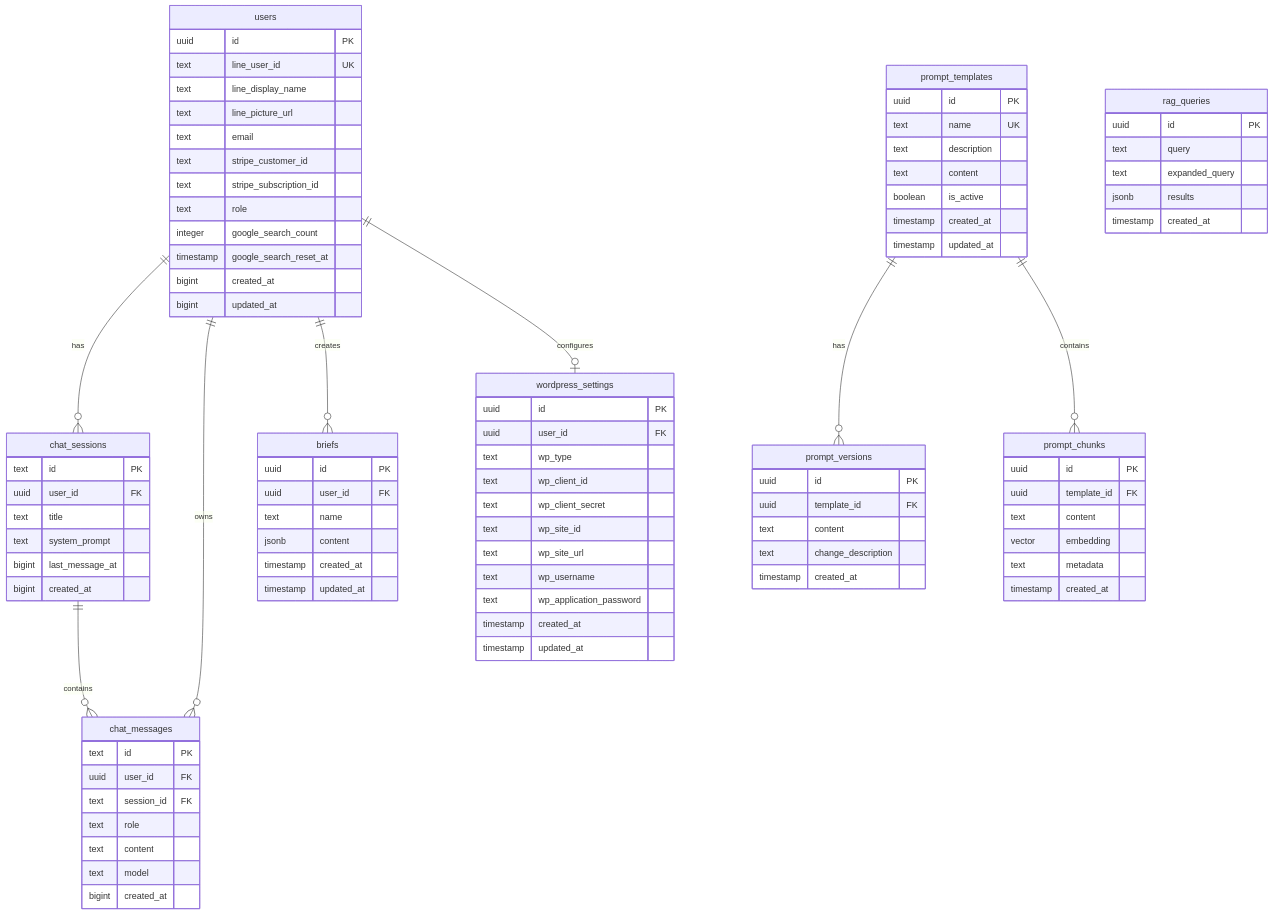
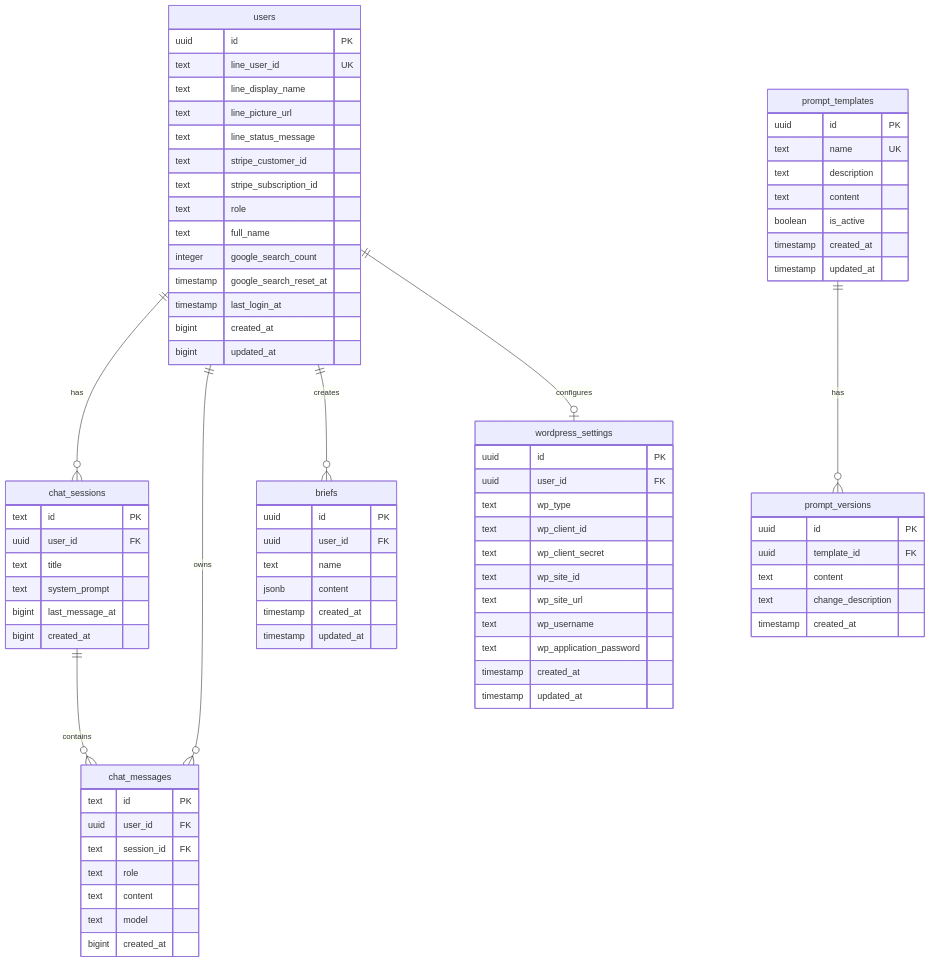
Before and after one commit to shoma-endo/industry-specific-mc-training: the third of 3 diagrams in README.md, drawn with Mermaid. The commit also changed other lines of this file, not shown here.

````diff
--- a/README.md
+++ b/README.md
@@ -174,12 +137,14 @@
         text line_user_id UK
         text line_display_name
         text line_picture_url
-        text email
+        text line_status_message
         text stripe_customer_id
         text stripe_subscription_id
         text role
+        text full_name
         integer google_search_count
         timestamp google_search_reset_at
+        timestamp last_login_at
         bigint created_at
         bigint updated_at
     }
@@ -245,22 +210,6 @@
         timestamp updated_at
     }
     
-    prompt_chunks {
-        uuid id PK
-        uuid template_id FK
-        text content
-        vector embedding
-        text metadata
-        timestamp created_at
-    }
-    
-    rag_queries {
-        uuid id PK
-        text query
-        text expanded_query
-        jsonb results
-        timestamp created_at
-    }
     
     users ||--o{ chat_sessions : has
     users ||--o{ chat_messages : owns
@@ -268,5 +217,4 @@
     users ||--o| wordpress_settings : configures
     chat_sessions ||--o{ chat_messages : contains
     prompt_templates ||--o{ prompt_versions : has
-    prompt_templates ||--o{ prompt_chunks : contains
 ```
````
